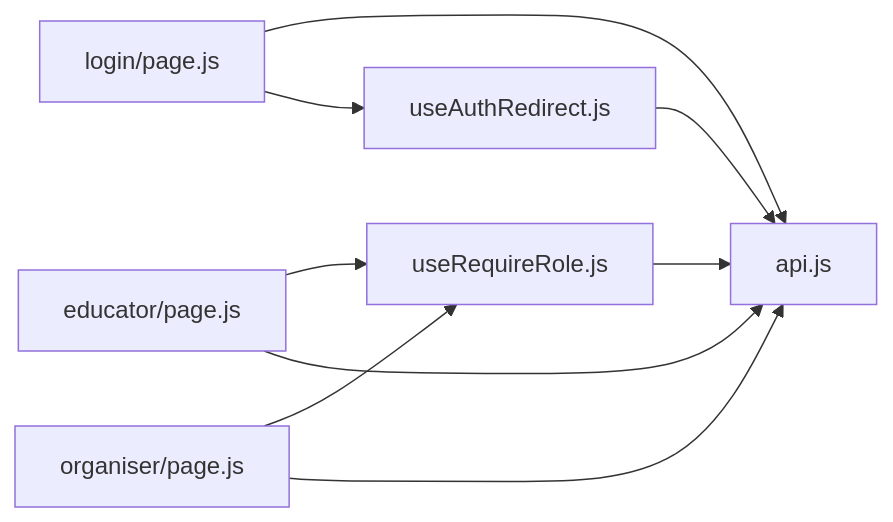
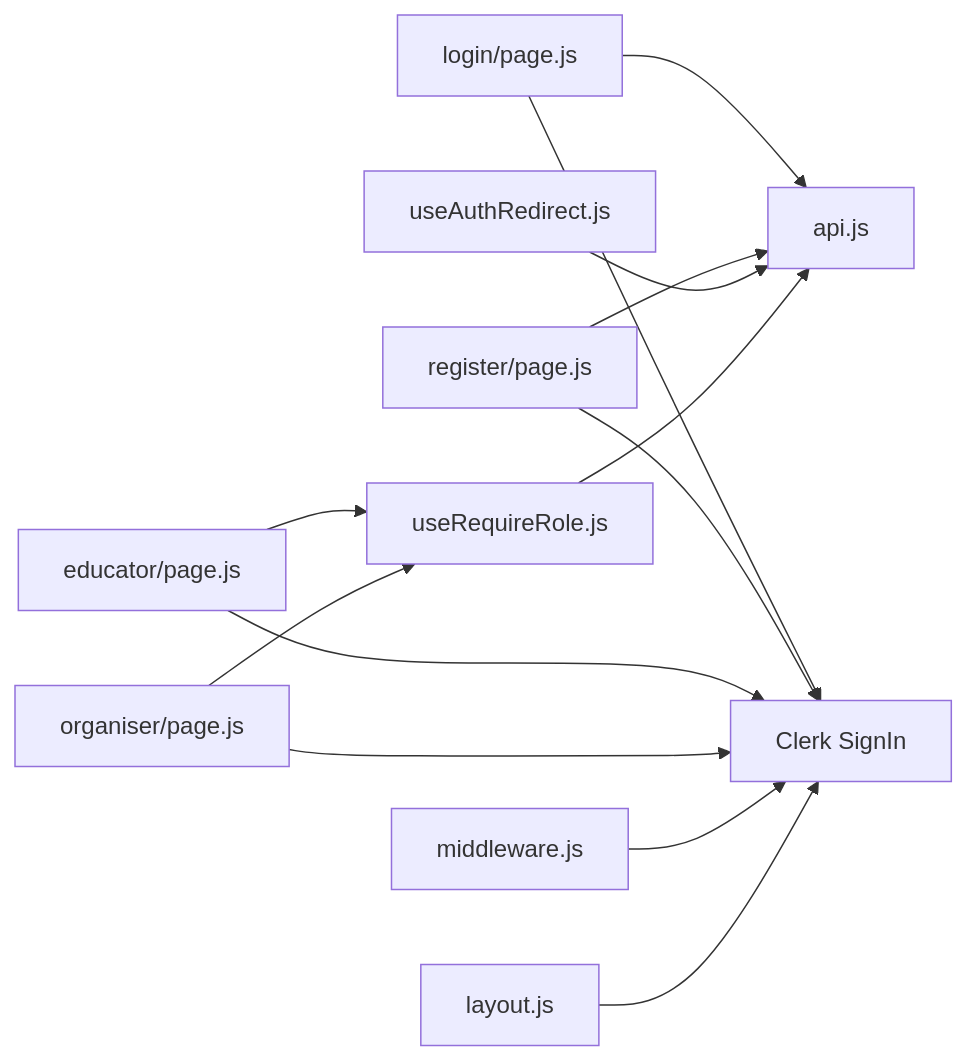
One commit to ZandileMkontwana/olympiad-portal changed the third of 3 diagrams in .qoder/repowiki/en/content/Authentication & Authorization/Client-Side Authentication Handling.md. Above: the diagram before and after it, drawn with Mermaid. The commit also changed other lines of this file and 16 other files, not shown here.

Commit message:
fix: test(backend): update tests for Clerk auth and Supabase storage

````diff
--- a/.qoder/repowiki/en/content/Authentication & Authorization/Client-Side Authentication Handling.md
+++ b/.qoder/repowiki/en/content/Authentication & Authorization/Client-Side Authentication Handling.md
@@ -255,11 +338,15 @@
 ```mermaid
 graph LR
-Login["login/page.js"] --> API["api.js"]
-Login --> HookA["useAuthRedirect.js"]
+Login["login/page.js"] --> Clerk["Clerk SignIn"]
+Register["register/page.js"] --> Clerk
+Login --> API["api.js"]
+Register --> API
 Educator["educator/page.js"] --> HookB["useRequireRole.js"]
-Educator --> API
+Educator --> Clerk
 Organiser["organiser/page.js"] --> HookB
-Organiser --> API
-HookA --> API
+Organiser --> Clerk
+HookA["useAuthRedirect.js"] --> API
 HookB --> API
+Middleware["middleware.js"] --> Clerk
+Layout["layout.js"] --> Clerk
 ```
````
